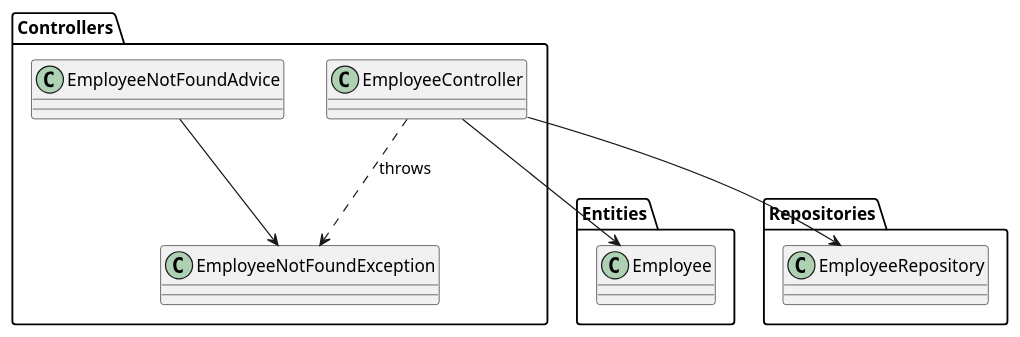
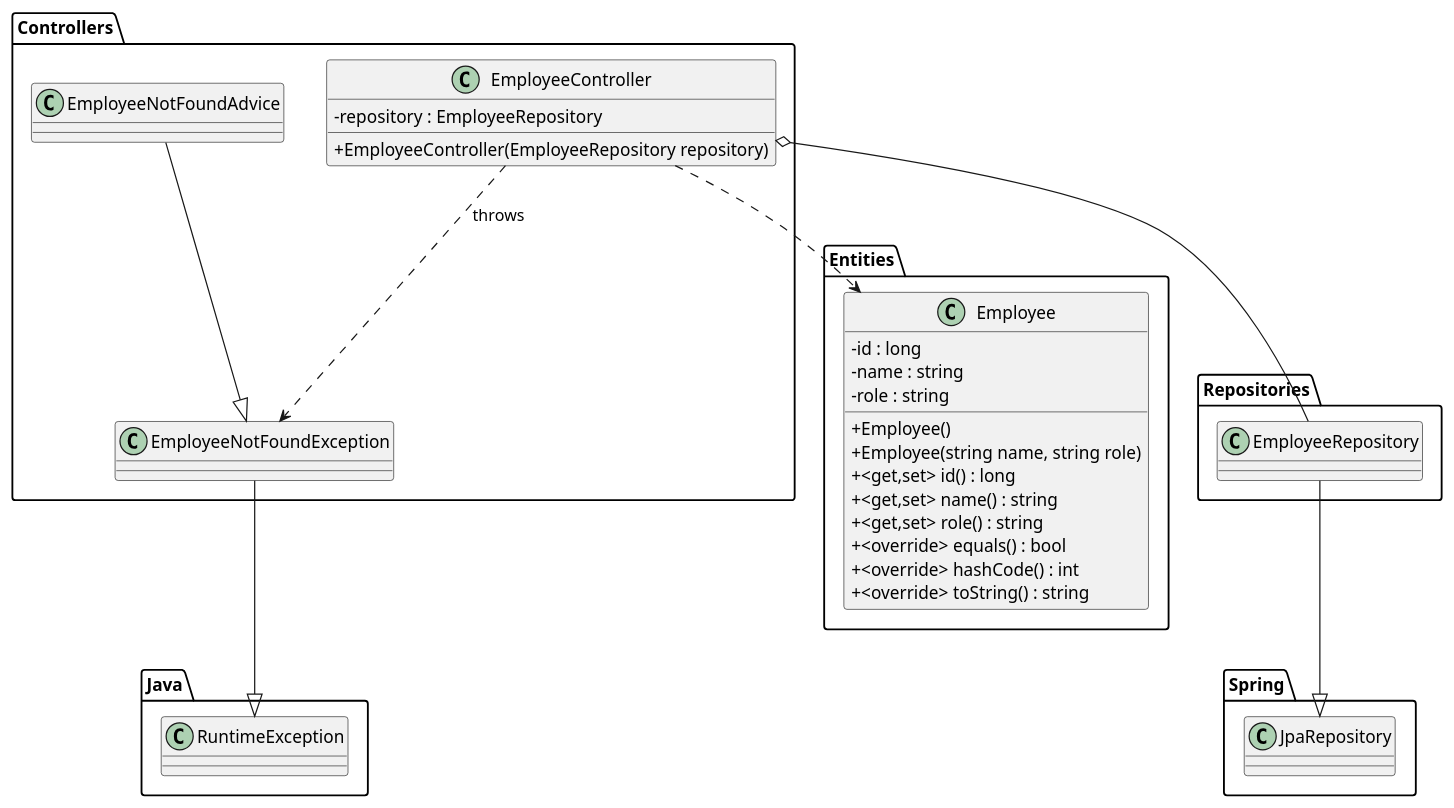
The diagram in docs/classDiagram.puml (diogof648-dev/VIR1_Payroll), drawn with PlantUML before and after one commit.

Commit message:
docs: Update class Diagram

```diff
--- a/docs/classDiagram.puml
+++ b/docs/classDiagram.puml
@@ -1,29 +1,57 @@
 @startuml
 
 skinparam classAttributeIconSize 0
 
 'packages
 package "Controllers"
 {
-    class EmployeeController{}
+    class EmployeeController{
+        - repository : EmployeeRepository
+        + EmployeeController(EmployeeRepository repository)
+    }
     class EmployeeNotFoundAdvice{}
     class EmployeeNotFoundException{}
 }
 
 package "Entities"
 {
-    class Employee{}
+    class Employee{
+        - id : long
+        - name : string
+        - role : string
+        + Employee()
+        + Employee(string name, string role)
+        + <get,set> id() : long
+        + <get,set> name() : string
+        + <get,set> role() : string
+        + <override> equals() : bool
+        + <override> hashCode() : int
+        + <override> toString() : string
+    }
 }
 
 package "Repositories"
 {
     class EmployeeRepository{}
 }
 
+package "Java"
+{
+    class RuntimeException{}
+}
+
+package "Spring"
+{
+    class JpaRepository{}
+}
+
 'relations
-EmployeeController --> Employee
-EmployeeController --> EmployeeRepository
+EmployeeController ..> Employee
+EmployeeController o-- EmployeeRepository
 
 EmployeeController ..> EmployeeNotFoundException : throws
-EmployeeNotFoundAdvice --> EmployeeNotFoundException
+EmployeeNotFoundAdvice --^ EmployeeNotFoundException
+EmployeeNotFoundException --^ RuntimeException
+
+EmployeeRepository --^ JpaRepository
 @enduml
```
